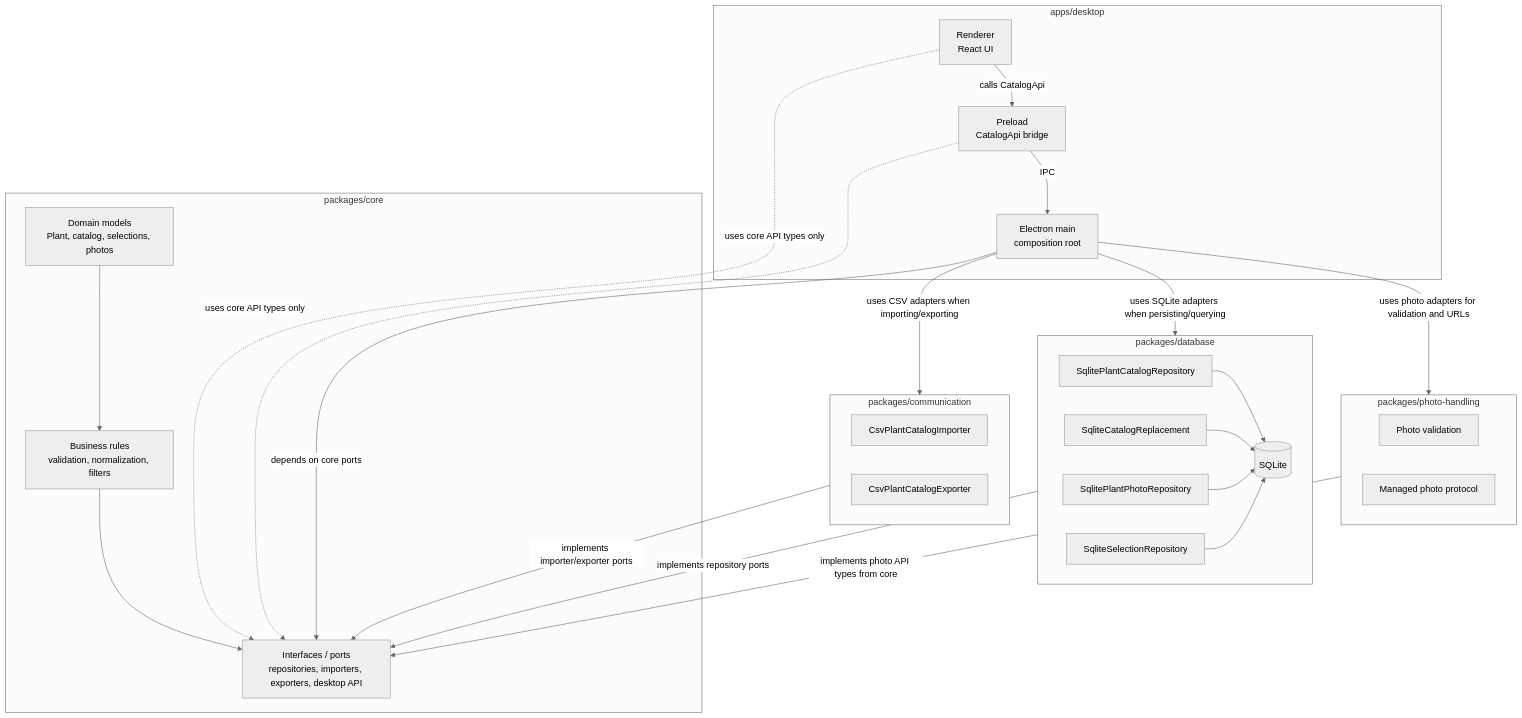
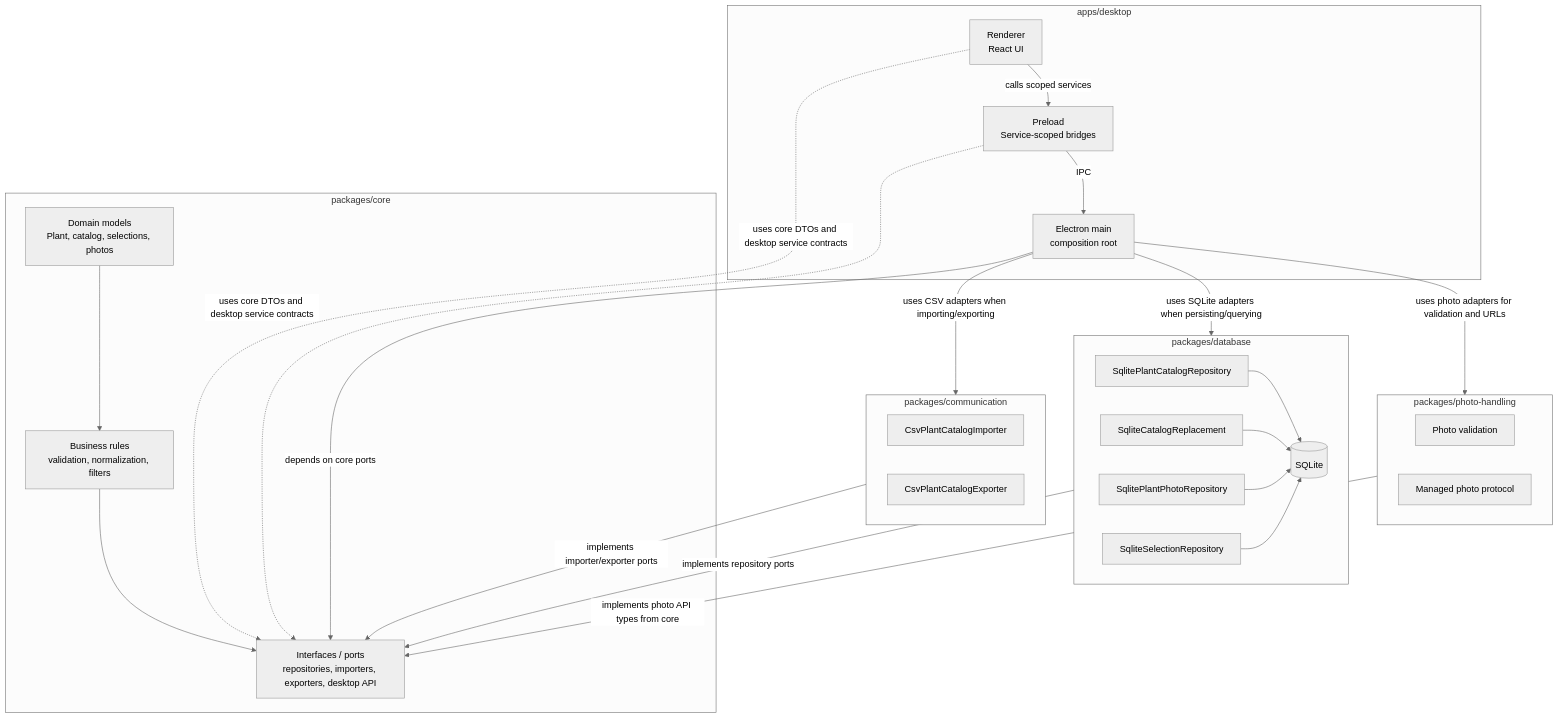
One commit to Marine-DR/my-little-garden changed the second of 2 diagrams in specs/Technical.md. Above: the diagram before and after it, drawn with Mermaid (neutral theme). The commit also changed other lines of this file and 37 other files, not shown here.

````diff
--- a/specs/Technical.md
+++ b/specs/Technical.md
@@ -37,52 +37,52 @@
 ```mermaid
 flowchart TB
   subgraph Core["packages/core"]
     Domain["Domain models\nPlant, catalog, selections, photos"]
     Rules["Business rules\nvalidation, normalization, filters"]
     Ports["Interfaces / ports\nrepositories, importers, exporters, desktop API"]
     Domain --> Rules
     Rules --> Ports
   end
 
   subgraph Communication["packages/communication"]
     CsvImporter["CsvPlantCatalogImporter"]
     CsvExporter["CsvPlantCatalogExporter"]
   end
 
   subgraph Database["packages/database"]
     CatalogRepo["SqlitePlantCatalogRepository"]
     CatalogReplacement["SqliteCatalogReplacement"]
     PhotoRepo["SqlitePlantPhotoRepository"]
     SelectionRepo["SqliteSelectionRepository"]
     Sqlite[("SQLite")]
     CatalogRepo --> Sqlite
     CatalogReplacement --> Sqlite
     PhotoRepo --> Sqlite
     SelectionRepo --> Sqlite
   end
 
   subgraph PhotoHandling["packages/photo-handling"]
     PhotoValidation["Photo validation"]
     PhotoProtocol["Managed photo protocol"]
   end
 
   subgraph Desktop["apps/desktop"]
     Renderer["Renderer\nReact UI"]
-    Preload["Preload\nCatalogApi bridge"]
+    Preload["Preload\nService-scoped bridges"]
     Main["Electron main\ncomposition root"]
-    Renderer -->|"calls CatalogApi"| Preload
+    Renderer -->|"calls scoped services"| Preload
     Preload -->|"IPC"| Main
   end
 
-  Renderer -. "uses core API types only" .-> Ports
-  Preload -. "uses core API types only" .-> Ports
+  Renderer -. "uses core DTOs and desktop service contracts" .-> Ports
+  Preload -. "uses core DTOs and desktop service contracts" .-> Ports
 
   Main -->|"depends on core ports"| Ports
   Main -->|"uses CSV adapters when importing/exporting"| Communication
   Main -->|"uses SQLite adapters when persisting/querying"| Database
   Main -->|"uses photo adapters for validation and URLs"| PhotoHandling
 
   Communication -->|"implements importer/exporter ports"| Ports
   Database -->|"implements repository ports"| Ports
   PhotoHandling -->|"implements photo API types from core"| Ports
 ```
````
